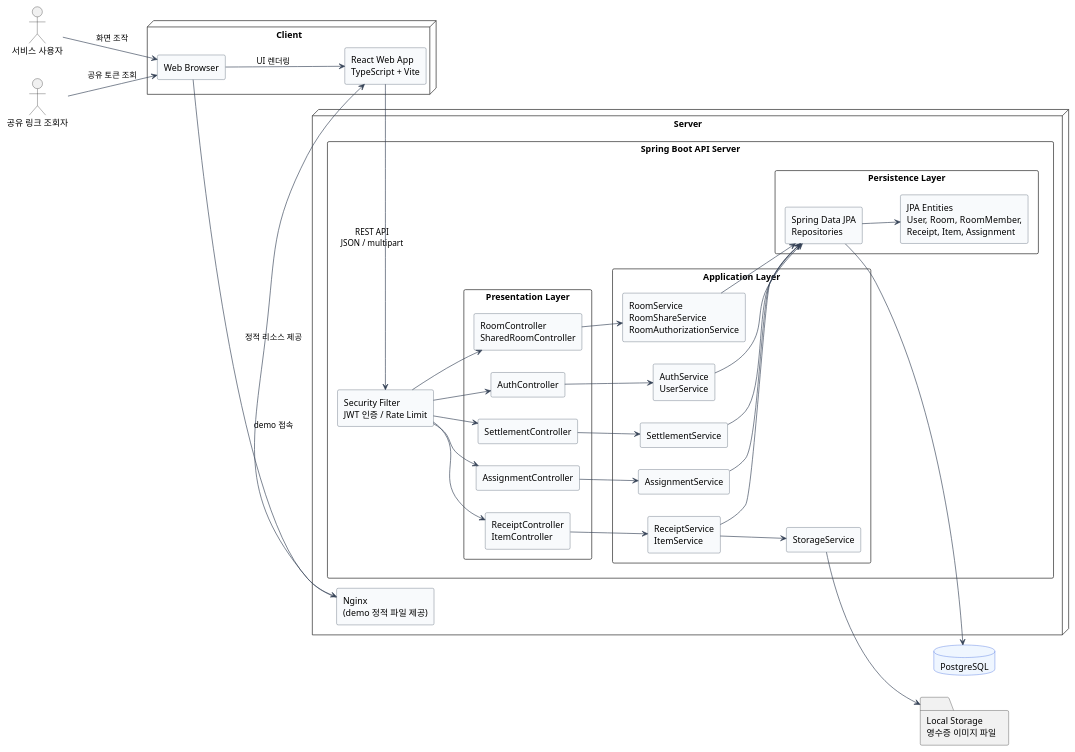
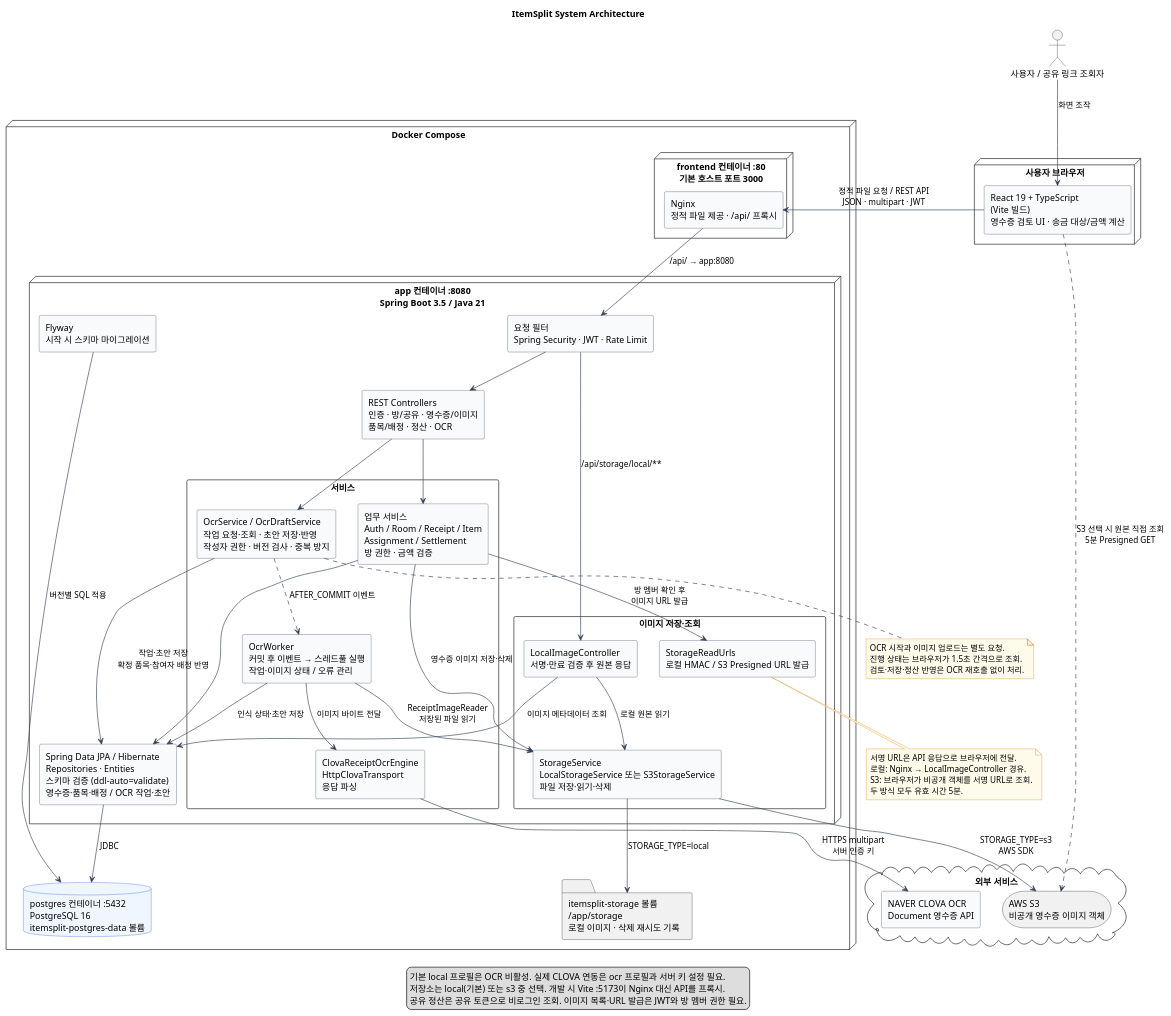
One commit to Konkuk-Univ-Capstone-Project/ItemSplit changed the diagram in docs/system-architecture.puml. Above: the diagram before and after it, drawn with PlantUML. The commit also changed 9 other files, not shown here.

Commit message:
문서: OCR 정책과 검토 흐름 및 발표 다이어그램 최신화

```diff
--- a/docs/system-architecture.puml
+++ b/docs/system-architecture.puml
@@ -1,87 +1,108 @@
 @startuml ItemSplitSystemArchitecture
-left to right direction
+top to bottom direction
+title ItemSplit System Architecture
 
 skinparam shadowing false
 skinparam componentStyle rectangle
 skinparam packageStyle rectangle
 skinparam ArrowColor #334155
 skinparam component {
   BackgroundColor #F8FAFC
   BorderColor #334155
 }
 skinparam database {
   BackgroundColor #EFF6FF
   BorderColor #1D4ED8
 }
-
-actor "서비스 사용자" as User
-actor "공유 링크 조회자" as SharedViewer
-
-node "Client" {
-  component "Web Browser" as Browser
-  component "React Web App\nTypeScript + Vite" as Frontend
+skinparam note {
+  BackgroundColor #FFFBEB
+  BorderColor #D97706
 }
 
-node "Server" {
-  component "Nginx\n(demo 정적 파일 제공)" as Nginx
+actor "사용자 / 공유 링크 조회자" as User
 
-  rectangle "Spring Boot API Server" {
-    component "Security Filter\nJWT 인증 / Rate Limit" as Security
+node "사용자 브라우저" as Browser {
+  component "React 19 + TypeScript\n(Vite 빌드)\n영수증 검토 UI · 송금 대상/금액 계산" as Frontend
+}
 
-    package "Presentation Layer" {
-      component "AuthController" as AuthController
-      component "RoomController\nSharedRoomController" as RoomController
-      component "ReceiptController\nItemController" as ReceiptController
-      component "AssignmentController" as AssignmentController
-      component "SettlementController" as SettlementController
+node "Docker Compose" as Compose {
+  node "frontend 컨테이너 :80\n기본 호스트 포트 3000" {
+    component "Nginx\n정적 파일 제공 · /api/ 프록시" as Nginx
+  }
+
+  node "app 컨테이너 :8080\nSpring Boot 3.5 / Java 21" as Backend {
+    component "요청 필터\nSpring Security · JWT · Rate Limit" as Security
+    component "REST Controllers\n인증 · 방/공유 · 영수증/이미지\n품목/배정 · 정산 · OCR" as Controllers
+
+    package "서비스" {
+      component "업무 서비스\nAuth / Room / Receipt / Item\nAssignment / Settlement\n방 권한 · 금액 검증" as Core
+      component "OcrService / OcrDraftService\n작업 요청·조회 · 초안 저장·반영\n작성자 권한 · 버전 검사 · 중복 방지" as Ocr
+      component "OcrWorker\n커밋 후 이벤트 → 스레드풀 실행\n작업·이미지 상태 / 오류 관리" as Worker
+      component "ClovaReceiptOcrEngine\nHttpClovaTransport\n응답 파싱" as Engine
     }
 
-    package "Application Layer" {
-      component "AuthService\nUserService" as AuthService
-      component "RoomService\nRoomShareService\nRoomAuthorizationService" as RoomService
-      component "ReceiptService\nItemService" as ReceiptService
-      component "AssignmentService" as AssignmentService
-      component "SettlementService" as SettlementService
-      component "StorageService" as StorageService
+    package "이미지 저장·조회" {
+      component "StorageService\nLocalStorageService 또는 S3StorageService\n파일 저장·읽기·삭제" as Storage
+      component "StorageReadUrls\n로컬 HMAC / S3 Presigned URL 발급" as ReadUrls
+      component "LocalImageController\n서명·만료 검증 후 원본 응답" as LocalImage
     }
 
-    package "Persistence Layer" {
-      component "Spring Data JPA\nRepositories" as Repositories
-      component "JPA Entities\nUser, Room, RoomMember,\nReceipt, Item, Assignment" as Entities
-    }
+    component "Spring Data JPA / Hibernate\nRepositories · Entities\n스키마 검증 (ddl-auto=validate)\n영수증·품목·배정 / OCR 작업·초안" as Persistence
+    component "Flyway\n시작 시 스키마 마이그레이션" as Flyway
   }
+
+  database "postgres 컨테이너 :5432\nPostgreSQL 16\nitemsplit-postgres-data 볼륨" as PostgreSQL
+  folder "itemsplit-storage 볼륨\n/app/storage\n로컬 이미지 · 삭제 재시도 기록" as LocalStorage
 }
 
-database "PostgreSQL" as PostgreSQL
-folder "Local Storage\n영수증 이미지 파일" as LocalStorage
+cloud "외부 서비스" {
+  component "NAVER CLOVA OCR\nDocument 영수증 API" as Clova
+  storage "AWS S3\n비공개 영수증 이미지 객체" as S3
+}
 
-User --> Browser : 화면 조작
-SharedViewer --> Browser : 공유 토큰 조회
-Browser --> Frontend : UI 렌더링
-Browser --> Nginx : demo 접속
-Nginx --> Frontend : 정적 리소스 제공
+User --> Frontend : 화면 조작
+Frontend -left-> Nginx : 정적 파일 요청 / REST API\nJSON · multipart · JWT
+Nginx --> Security : /api/ → app:8080
+Security --> Controllers
+Security --> LocalImage : /api/storage/local/**
+Controllers --> Core
+Controllers --> Ocr
 
-Frontend --> Security : REST API\nJSON / multipart
-Security --> AuthController
-Security --> RoomController
-Security --> ReceiptController
-Security --> AssignmentController
-Security --> SettlementController
+Core --> Persistence
+Core --> Storage : 영수증 이미지 저장·삭제
+Core --> ReadUrls : 방 멤버 확인 후\n이미지 URL 발급
+Ocr --> Persistence : 작업·초안 저장\n확정 품목·참여자 배정 반영
+Ocr ..> Worker : AFTER_COMMIT 이벤트
+Worker --> Persistence : 인식 상태·초안 저장
+Worker --> Storage : ReceiptImageReader\n저장된 파일 읽기
+Worker --> Engine : 이미지 바이트 전달
+Engine --> Clova : HTTPS multipart\n서버 인증 키
 
-AuthController --> AuthService
-RoomController --> RoomService
-ReceiptController --> ReceiptService
-AssignmentController --> AssignmentService
-SettlementController --> SettlementService
+Persistence --> PostgreSQL : JDBC
+Flyway --> PostgreSQL : 버전별 SQL 적용
+Storage --> LocalStorage : STORAGE_TYPE=local
+Storage --> S3 : STORAGE_TYPE=s3\nAWS SDK
+LocalImage --> Storage : 로컬 원본 읽기
+LocalImage --> Persistence : 이미지 메타데이터 조회
+Frontend ..> S3 : S3 선택 시 원본 직접 조회\n5분 Presigned GET
 
-AuthService --> Repositories
-RoomService --> Repositories
-ReceiptService --> Repositories
-ReceiptService --> StorageService
-AssignmentService --> Repositories
-SettlementService --> Repositories
-Repositories --> Entities
-Repositories --> PostgreSQL
-StorageService --> LocalStorage
+note bottom of ReadUrls
+  서명 URL은 API 응답으로 브라우저에 전달.
+  로컬: Nginx → LocalImageController 경유.
+  S3: 브라우저가 비공개 객체를 서명 URL로 조회.
+  두 방식 모두 유효 시간 5분.
+end note
+
+note bottom of Ocr
+  OCR 시작과 이미지 업로드는 별도 요청.
+  진행 상태는 브라우저가 1.5초 간격으로 조회.
+  검토·저장·정산 반영은 OCR 재호출 없이 처리.
+end note
+
+legend bottom
+  기본 local 프로필은 OCR 비활성. 실제 CLOVA 연동은 ocr 프로필과 서버 키 설정 필요.
+  저장소는 local(기본) 또는 s3 중 선택. 개발 시 Vite :5173이 Nginx 대신 API를 프록시.
+  공유 정산은 공유 토큰으로 비로그인 조회. 이미지 목록·URL 발급은 JWT와 방 멤버 권한 필요.
+endlegend
 
 @enduml
```
